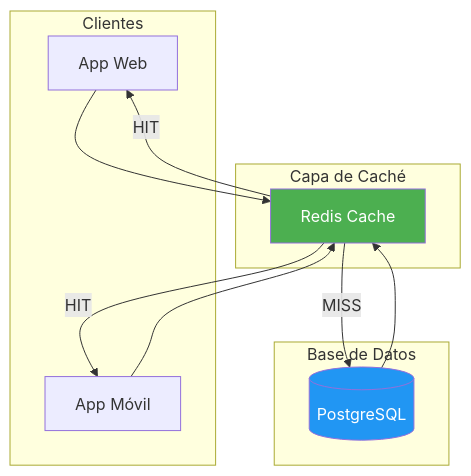
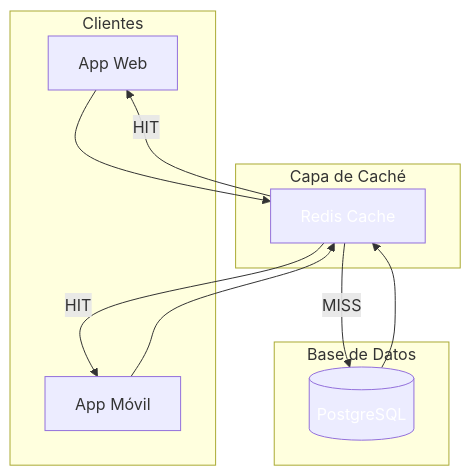
The second of 17 diagrams in 14-cache-redis.md (joseluisgs/DesarrolloWebEntornosServidor-02-2026-2027), drawn with Mermaid before and after one commit. The commit also changed other lines of this file and 41 other files, not shown here.

````diff
--- a/14-cache-redis.md
+++ b/14-cache-redis.md
@@ -105,21 +105,21 @@
 ```mermaid
 flowchart TB
     subgraph "Clientes"
         C1["App Web"]
         C2["App Móvil"]
     end
     subgraph "Capa de Caché"
         Cache["Redis Cache"]
     end
     subgraph "Base de Datos"
         BD[("PostgreSQL")]
     end
     C1 --> Cache
     C2 --> Cache
     Cache -->|HIT| C1
     Cache -->|HIT| C2
     Cache -->|MISS| BD
     BD --> Cache
-    style Cache fill:#4CAF50,color:#fff
-    style BD fill:#2196F3,color:#fff
+    style Cache fill:#4CAF5,color:#fff0,color:#fff
+    style BD fill:#2196F,color:#fff3,color:#fff
 ```
````
